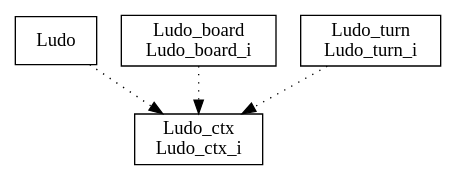
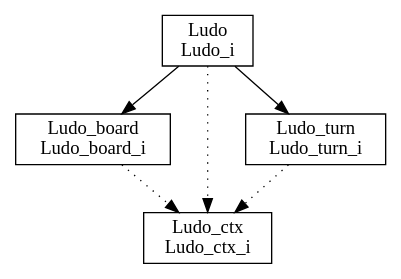
Before and after one commit to adissontejo/Ludo: the diagram in bdp/projeto.dot, drawn with Graphviz. The commit also changed 41 other files, not shown here.

Commit message:
ajeitando ludo_board

```diff
--- a/bdp/projeto.dot
+++ b/bdp/projeto.dot
@@ -1,10 +1,12 @@
 digraph {
-Ludo [ label=" Ludo " shape= box ]
 Ludo_board_i [ label=" Ludo_board\nLudo_board_i " shape= box ]
 Ludo_ctx_i [ label=" Ludo_ctx\nLudo_ctx_i " shape= box ]
+Ludo_i [ label=" Ludo\nLudo_i " shape= box ]
 Ludo_turn_i [ label=" Ludo_turn\nLudo_turn_i " shape= box ]
 
-"Ludo" -> "Ludo_ctx_i" [style= dotted ]
+"Ludo_i" -> "Ludo_ctx_i" [style= dotted ]
 "Ludo_board_i" -> "Ludo_ctx_i" [style= dotted ]
+"Ludo_i" -> "Ludo_board_i" []
+"Ludo_i" -> "Ludo_turn_i" []
 "Ludo_turn_i" -> "Ludo_ctx_i" [style= dotted ]
 }
```
